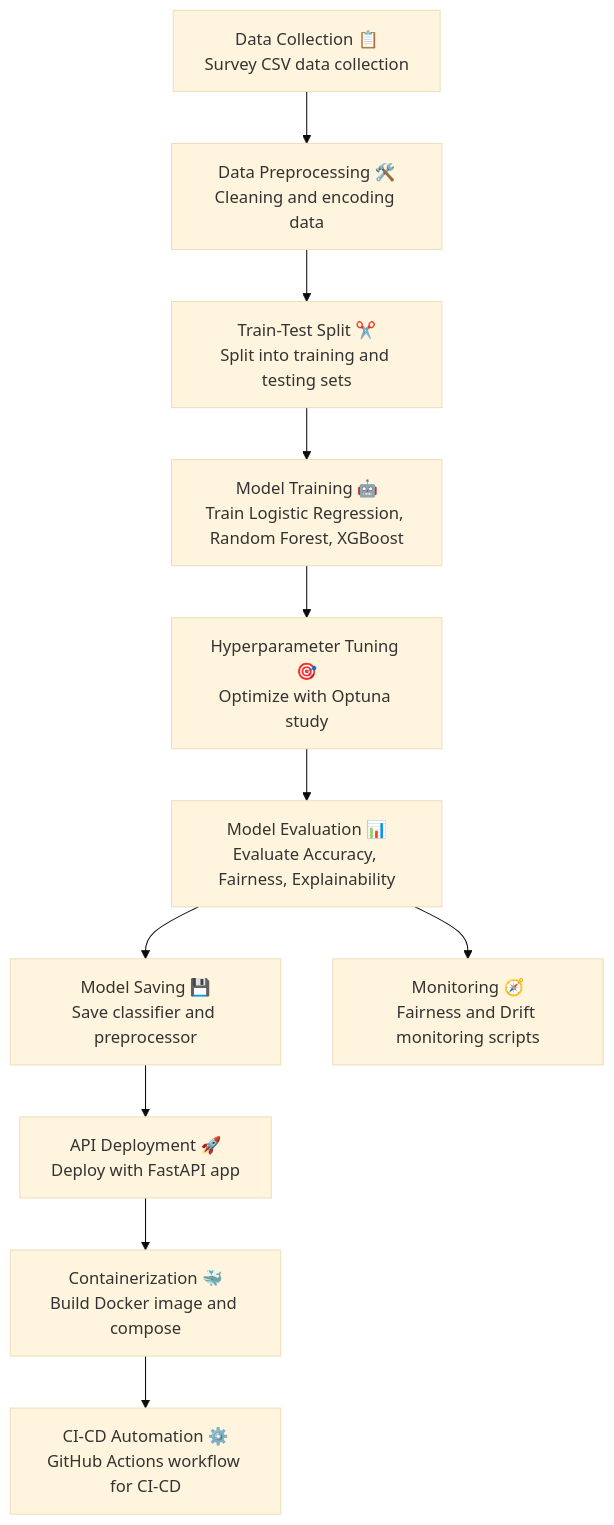
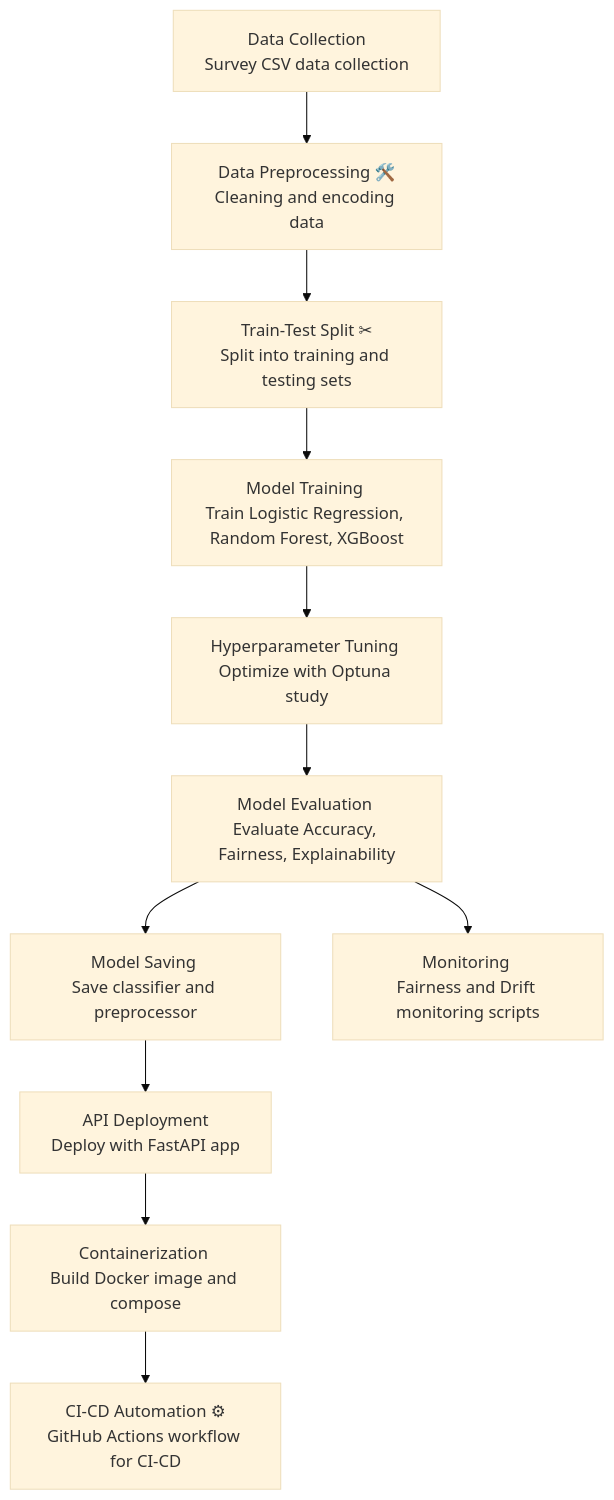
The second of 2 diagrams in README.md (McGill-MMA-EnterpriseAnalytics/Mental-Health), drawn with Mermaid (base theme) before and after one commit.

````diff
--- a/README.md
+++ b/README.md
@@ -90,13 +90,13 @@
 ```mermaid
 flowchart TD
-    A[Data Collection 📋\nSurvey CSV data collection] --> B[Data Preprocessing 🛠️\nCleaning and encoding data]
-    B --> C[Train-Test Split ✂️\nSplit into training and testing sets]
-    C --> D[Model Training 🤖\nTrain Logistic Regression, Random Forest, XGBoost]
-    D --> E[Hyperparameter Tuning 🎯\nOptimize with Optuna study]
-    E --> F[Model Evaluation 📊\nEvaluate Accuracy, Fairness, Explainability]
-    F --> G[Model Saving 💾\nSave classifier and preprocessor]
-    G --> H[API Deployment 🚀\nDeploy with FastAPI app]
-    H --> I[Containerization 🐳\nBuild Docker image and compose]
-    I --> J[CI-CD Automation ⚙️\nGitHub Actions workflow for CI-CD]
-    F --> K[Monitoring 🧭\nFairness and Drift monitoring scripts]
+    A[Data Collection \nSurvey CSV data collection] --> B[Data Preprocessing 🛠️\nCleaning and encoding data]
+    B --> C[Train-Test Split ✂\nSplit into training and testing sets]
+    C --> D[Model Training \nTrain Logistic Regression, Random Forest, XGBoost]
+    D --> E[Hyperparameter Tuning \nOptimize with Optuna study]
+    E --> F[Model Evaluation \nEvaluate Accuracy, Fairness, Explainability]
+    F --> G[Model Saving \nSave classifier and preprocessor]
+    G --> H[API Deployment \nDeploy with FastAPI app]
+    H --> I[Containerization \nBuild Docker image and compose]
+    I --> J[CI-CD Automation ⚙\nGitHub Actions workflow for CI-CD]
+    F --> K[Monitoring \nFairness and Drift monitoring scripts]
 ```
````
